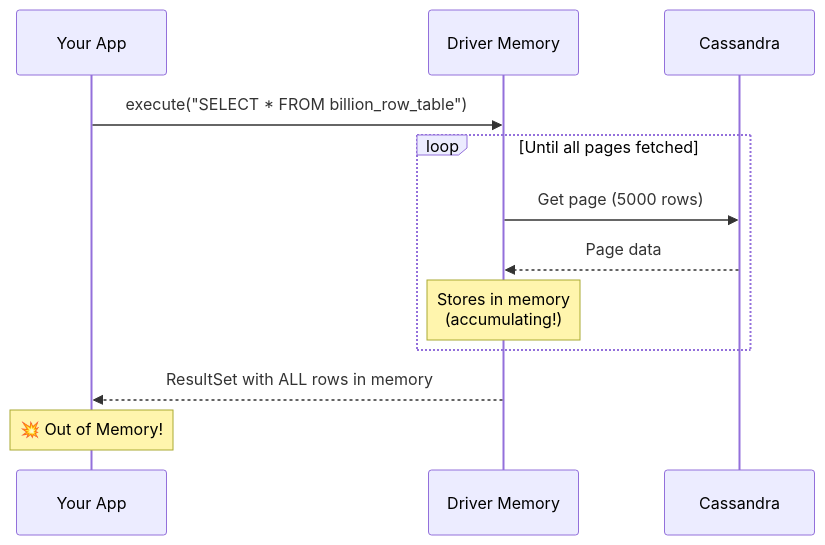
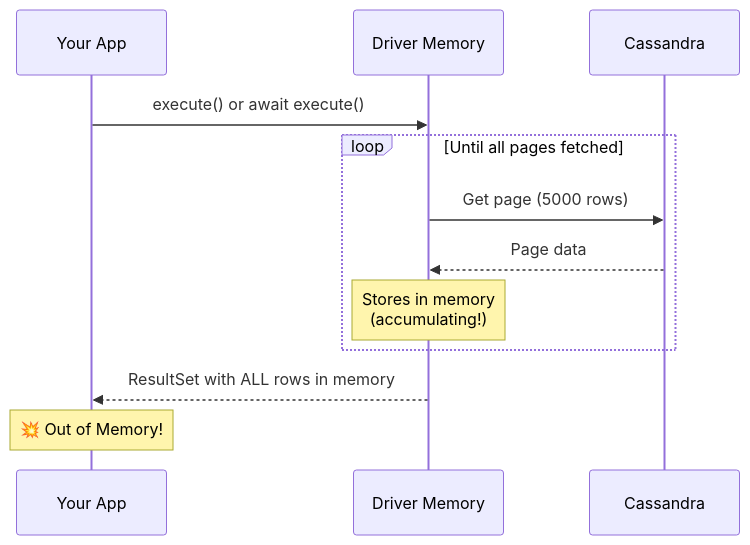
One commit to axonops/async-python-cassandra changed the second of 6 diagrams in docs/streaming.md. Above: the diagram before and after it, drawn with Mermaid. The commit also changed other lines of this file and 1 other file, not shown here.

````diff
--- a/docs/streaming.md
+++ b/docs/streaming.md
@@ -68,17 +71,17 @@
 ```mermaid
 sequenceDiagram
     participant App as Your App
     participant Driver as Driver Memory
     participant Cassandra
     
-    App->>Driver: execute("SELECT * FROM billion_row_table")
+    App->>Driver: execute() or await execute()
     
     loop Until all pages fetched
         Driver->>Cassandra: Get page (5000 rows)
         Cassandra-->>Driver: Page data
         Note over Driver: Stores in memory<br/>(accumulating!)
     end
     
     Driver-->>App: ResultSet with ALL rows in memory
     Note over App: 💥 Out of Memory!
 ```
````
